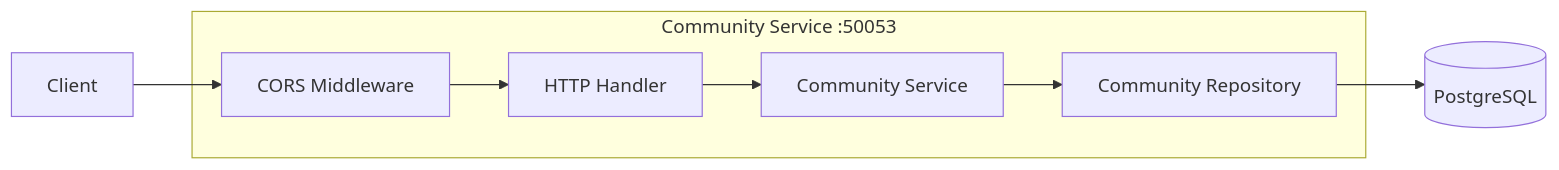
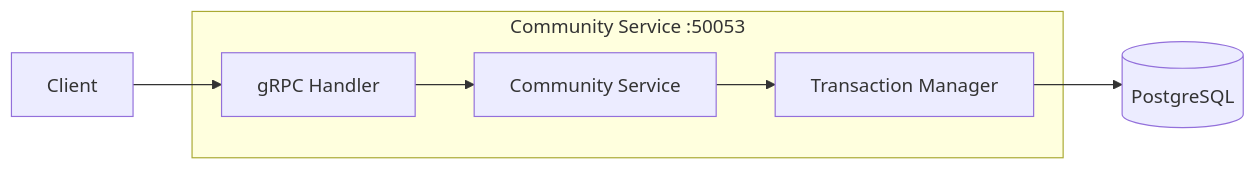
Before and after one commit to vanillaturtlechips/pawfiler4: the third of 9 diagrams in ARCHITECTURE.md, drawn with Mermaid. The commit also changed other lines of this file and 1 other file, not shown here.

````diff
--- a/ARCHITECTURE.md
+++ b/ARCHITECTURE.md
@@ -98,15 +98,13 @@
 ```mermaid
 graph LR
     subgraph "Community Service :50053"
-        CH[HTTP Handler]
+        CH[gRPC Handler]
         CS[Community Service]
-        CR[Community Repository]
-        CORS[CORS Middleware]
+        TX[Transaction Manager]
     end
     
-    Client[Client] --> CORS
-    CORS --> CH
+    Client[Client] --> CH
     CH --> CS
-    CS --> CR
-    CR --> DB[(PostgreSQL)]
+    CS --> TX
+    TX --> DB[(PostgreSQL)]
 ```
````
